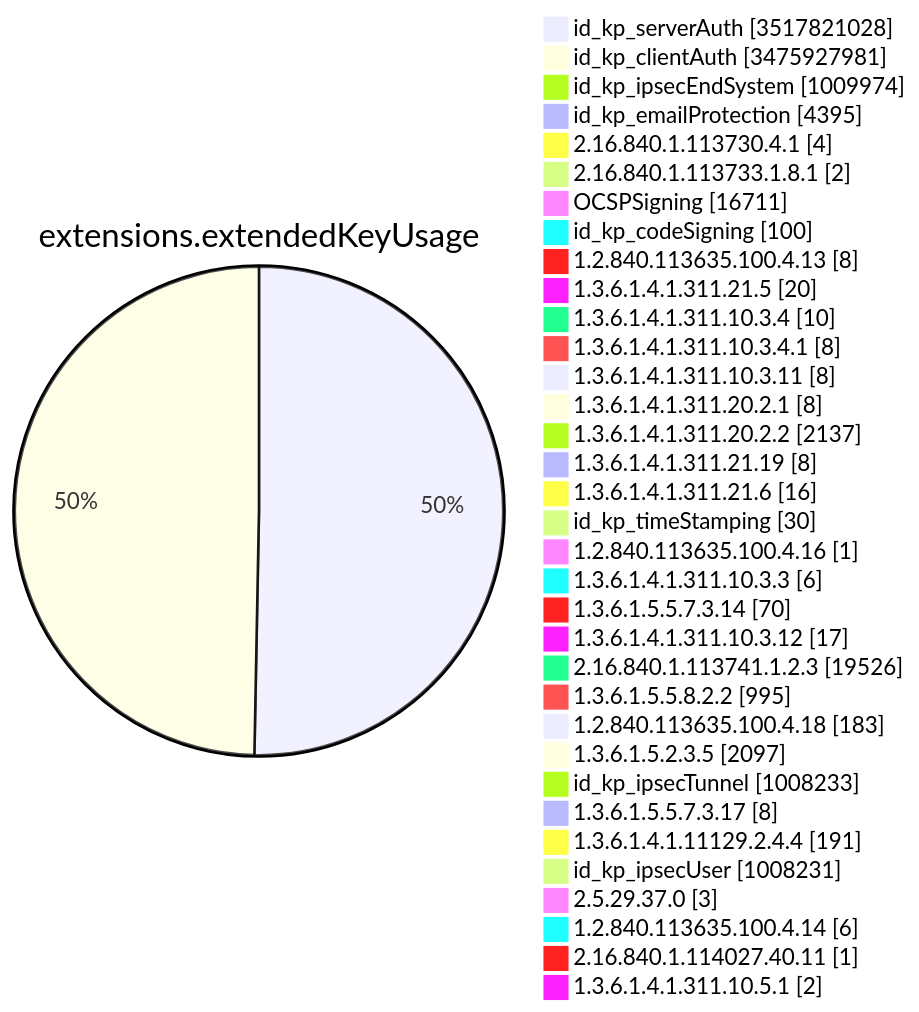
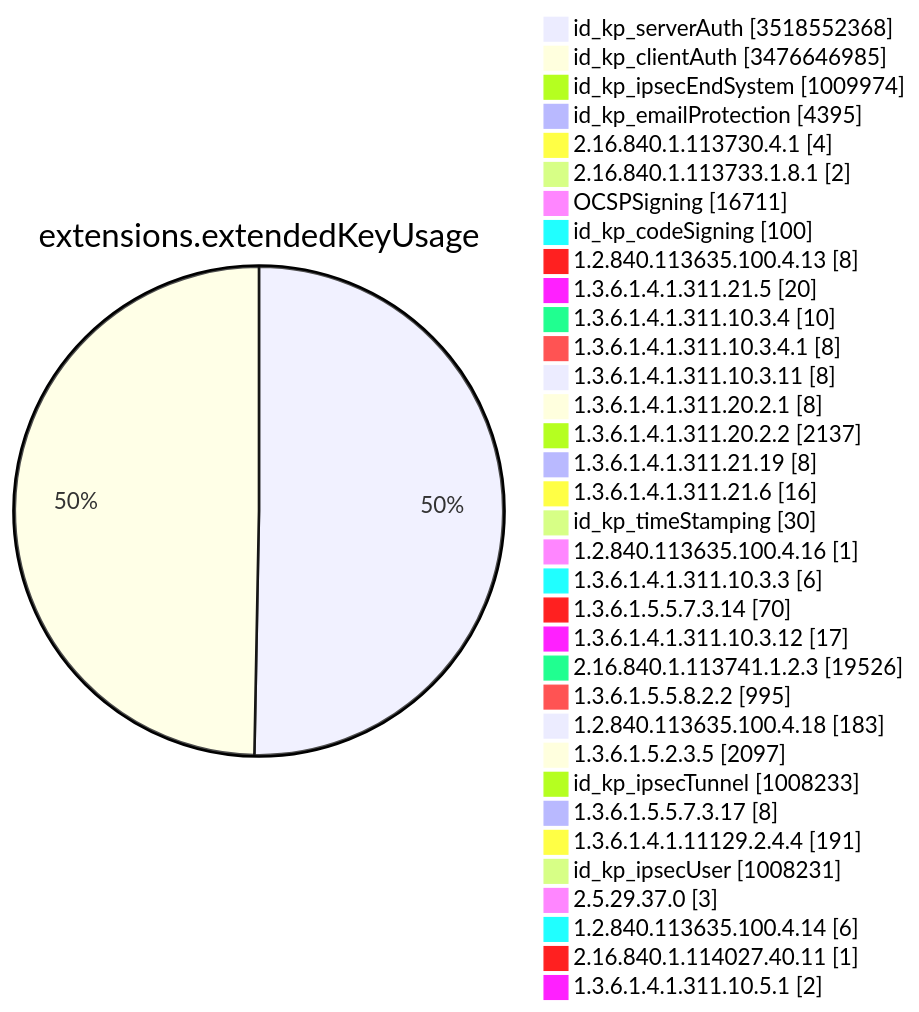
Before and after one commit to christiankrug/ctmonitor_visualization: diagram 11 of 15 in TOTAL/README.md, drawn with Mermaid. The commit also changed other lines of this file, not shown here.

````diff
--- a/TOTAL/README.md
+++ b/TOTAL/README.md
@@ -4126,38 +4126,38 @@
 ```mermaid
 pie showData
 title extensions.extendedKeyUsage
-"id_kp_serverAuth" :3517821028
-"id_kp_clientAuth" :3475927981
+"id_kp_serverAuth" :3518552368
+"id_kp_clientAuth" :3476646985
 "id_kp_ipsecEndSystem" :1009974
 "id_kp_emailProtection" :4395
 "2.16.840.1.113730.4.1" :4
 "2.16.840.1.113733.1.8.1" :2
 "OCSPSigning" :16711
 "id_kp_codeSigning" :100
 "1.2.840.113635.100.4.13" :8
 "1.3.6.1.4.1.311.21.5" :20
 "1.3.6.1.4.1.311.10.3.4" :10
 "1.3.6.1.4.1.311.10.3.4.1" :8
 "1.3.6.1.4.1.311.10.3.11" :8
 "1.3.6.1.4.1.311.20.2.1" :8
 "1.3.6.1.4.1.311.20.2.2" :2137
 "1.3.6.1.4.1.311.21.19" :8
 "1.3.6.1.4.1.311.21.6" :16
 "id_kp_timeStamping" :30
 "1.2.840.113635.100.4.16" :1
 "1.3.6.1.4.1.311.10.3.3" :6
 "1.3.6.1.5.5.7.3.14" :70
 "1.3.6.1.4.1.311.10.3.12" :17
 "2.16.840.1.113741.1.2.3" :19526
 "1.3.6.1.5.5.8.2.2" :995
 "1.2.840.113635.100.4.18" :183
 "1.3.6.1.5.2.3.5" :2097
 "id_kp_ipsecTunnel" :1008233
 "1.3.6.1.5.5.7.3.17" :8
 "1.3.6.1.4.1.11129.2.4.4" :191
 "id_kp_ipsecUser" :1008231
 "2.5.29.37.0" :3
 "1.2.840.113635.100.4.14" :6
 "2.16.840.1.114027.40.11" :1
 "1.3.6.1.4.1.311.10.5.1" :2
 ```
````
